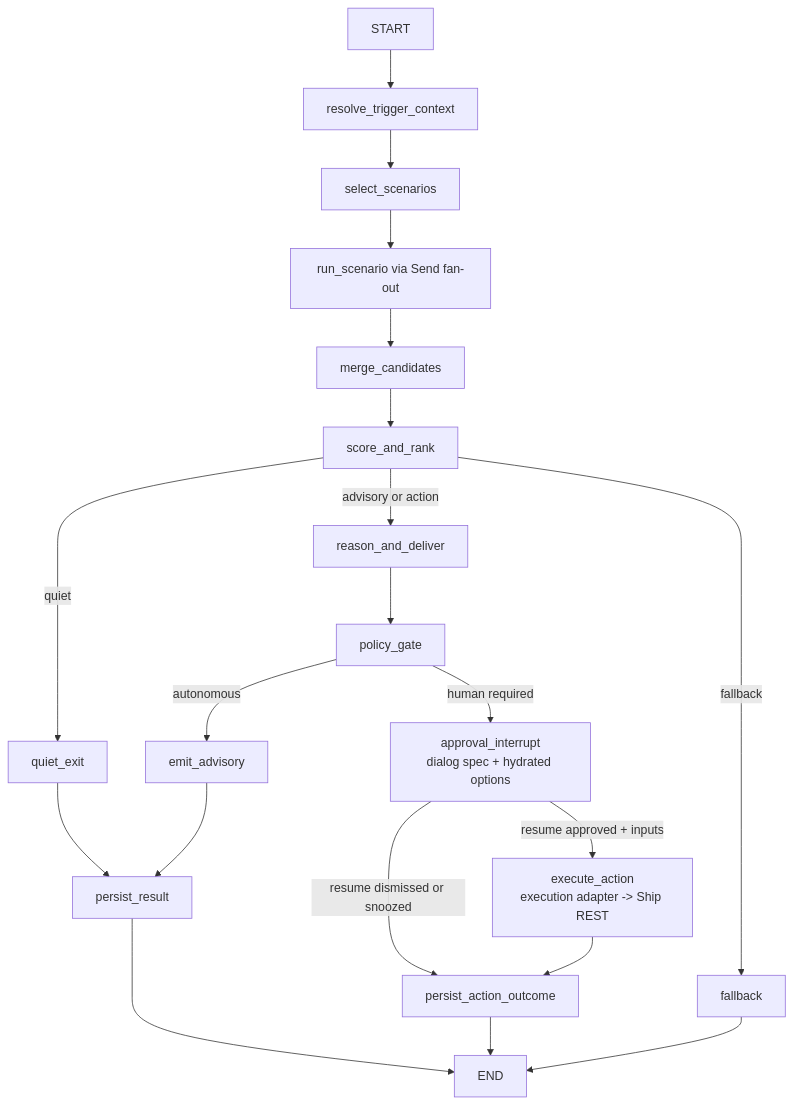
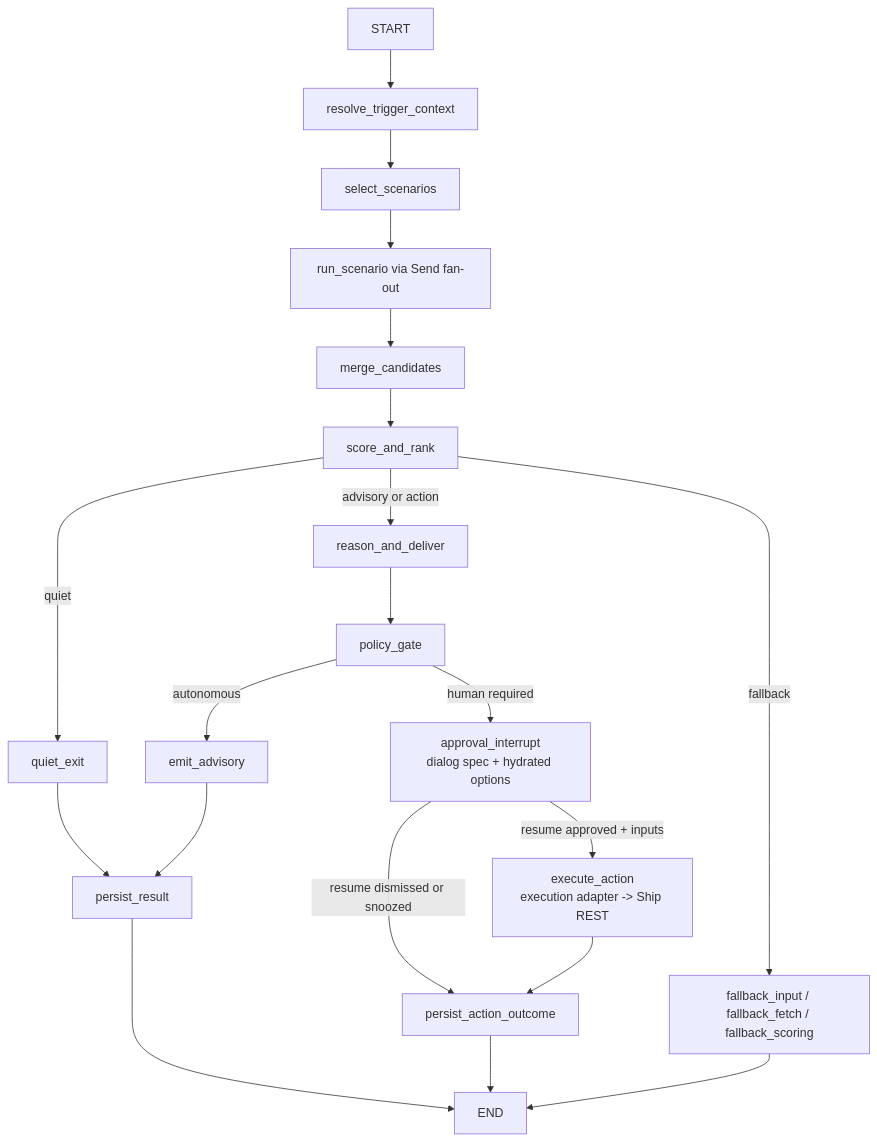
One commit to thisisyoussef/ship changed the diagram in docs/assignments/fleetgraph/FLEETGRAPH.md. Above: the diagram before and after it, drawn with Mermaid. The commit also changed other lines of this file and 28 other files, not shown here.

Commit message:
fix(fleetgraph): harden graph fallback routing

````diff
--- a/docs/assignments/fleetgraph/FLEETGRAPH.md
+++ b/docs/assignments/fleetgraph/FLEETGRAPH.md
@@ -73,22 +73,22 @@
 ```mermaid
 flowchart TD
   A["START"] --> B["resolve_trigger_context"]
   B --> C["select_scenarios"]
   C --> D["run_scenario via Send fan-out"]
   D --> E["merge_candidates"]
   E --> F["score_and_rank"]
   F -->|quiet| G["quiet_exit"]
   F -->|advisory or action| H["reason_and_deliver"]
   H --> I["policy_gate"]
   I -->|autonomous| J["emit_advisory"]
   I -->|human required| K["approval_interrupt<br/>dialog spec + hydrated options"]
-  F -->|fallback| L["fallback"]
+  F -->|fallback| L["fallback_input / fallback_fetch / fallback_scoring"]
   G --> M["persist_result"]
   J --> M
   K -->|resume approved + inputs| N["execute_action<br/>execution adapter -> Ship REST"]
   K -->|resume dismissed or snoozed| O["persist_action_outcome"]
   N --> O
   M --> P["END"]
   O --> P
   L --> P
 ```
````
